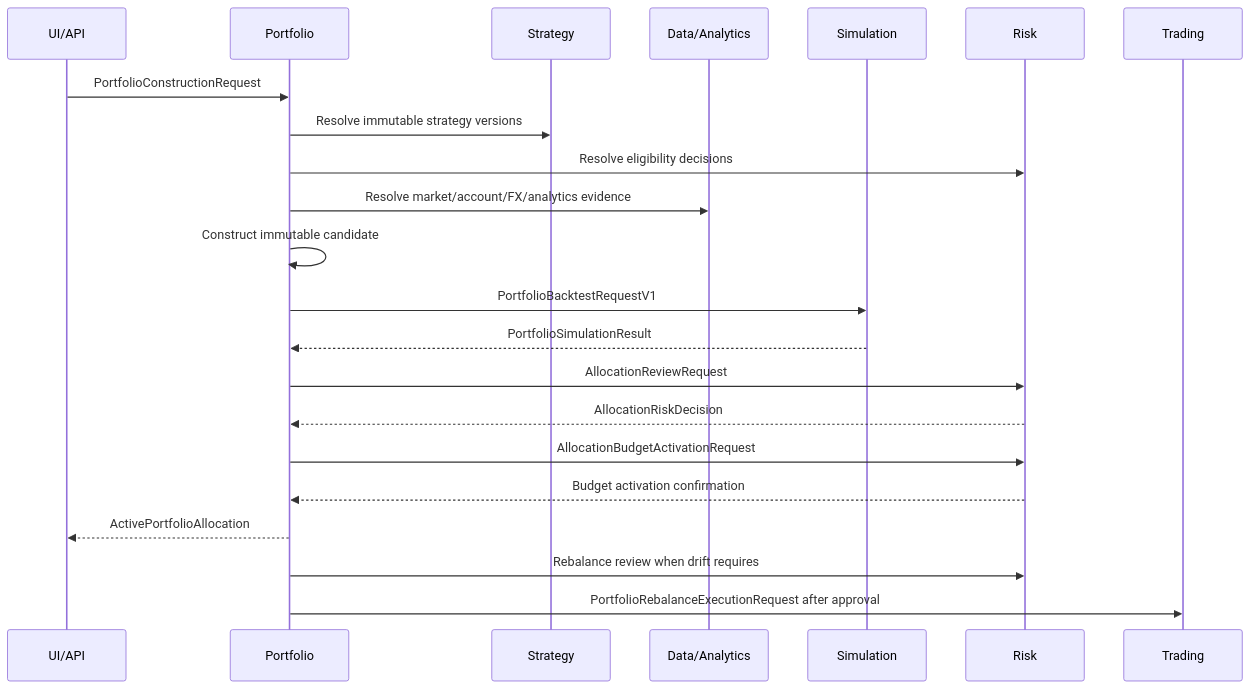
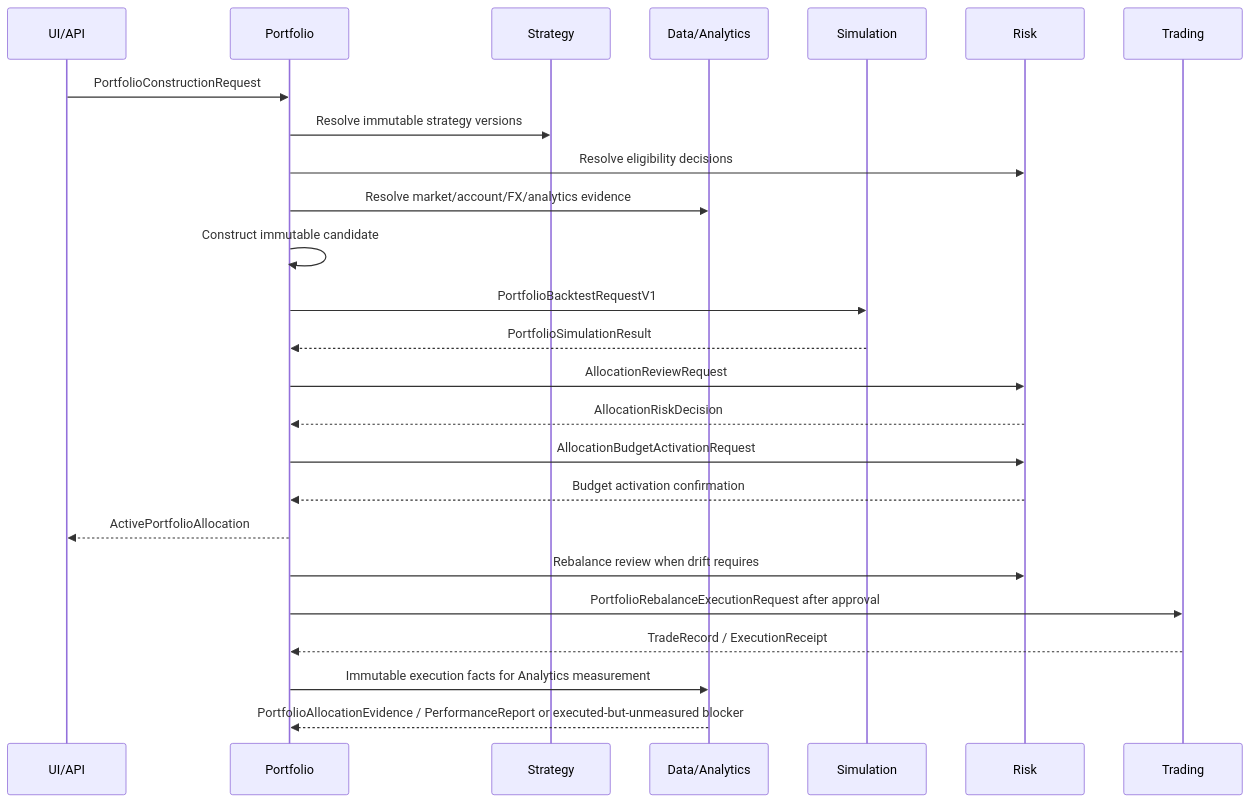
Before and after one commit to haruperi/HaruQuantAI: the third of 3 diagrams in app/services/portfolio/README.md, drawn with Mermaid. The commit also changed other lines of this file and 17 other files, not shown here.

````diff
--- a/app/services/portfolio/README.md
+++ b/app/services/portfolio/README.md
@@ -219,24 +228,27 @@
 ```mermaid
 sequenceDiagram
     participant UI as UI/API
     participant P as Portfolio
     participant S as Strategy
     participant D as Data/Analytics
     participant Sim as Simulation
     participant R as Risk
     participant T as Trading
     UI->>P: PortfolioConstructionRequest
     P->>S: Resolve immutable strategy versions
     P->>R: Resolve eligibility decisions
     P->>D: Resolve market/account/FX/analytics evidence
     P->>P: Construct immutable candidate
     P->>Sim: PortfolioBacktestRequestV1
     Sim-->>P: PortfolioSimulationResult
     P->>R: AllocationReviewRequest
     R-->>P: AllocationRiskDecision
     P->>R: AllocationBudgetActivationRequest
     R-->>P: Budget activation confirmation
     P-->>UI: ActivePortfolioAllocation
     P->>R: Rebalance review when drift requires
     P->>T: PortfolioRebalanceExecutionRequest after approval
+    T-->>P: TradeRecord / ExecutionReceipt
+    P->>D: Immutable execution facts for Analytics measurement
+    D-->>P: PortfolioAllocationEvidence / PerformanceReport or executed-but-unmeasured blocker
 ```
````
